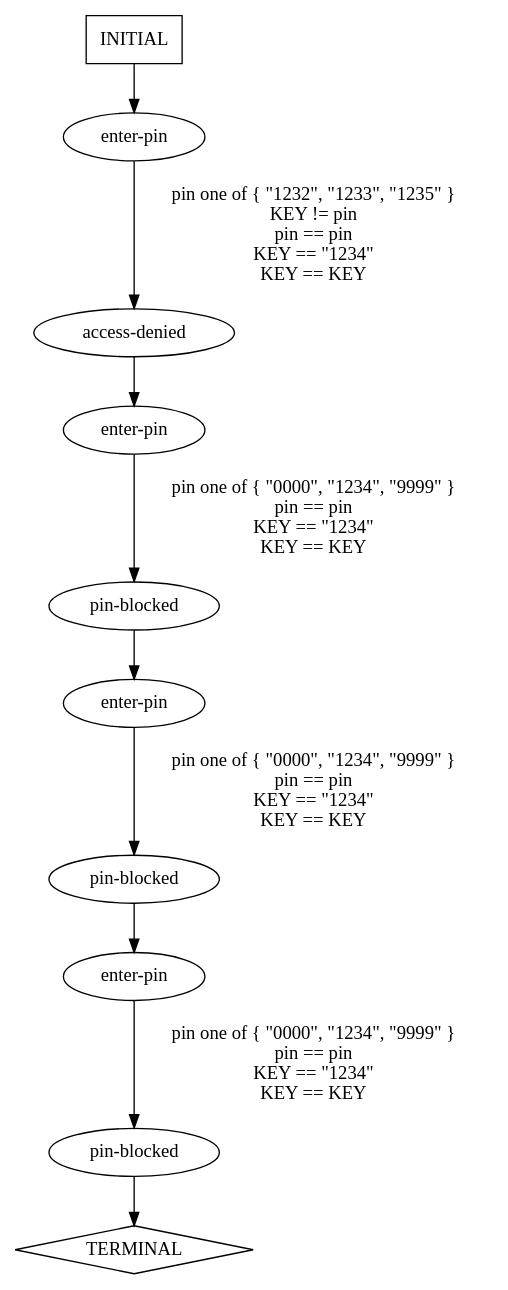
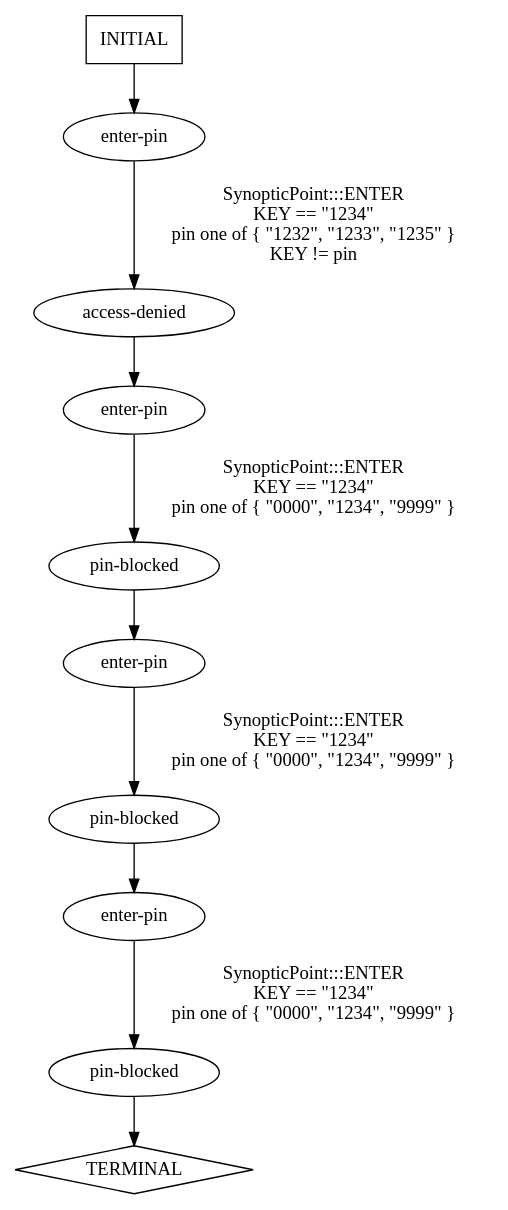
The diagram in traces/abstract/verify-pin/predicted-paths/verify-pin-test16.dot (ModelInference/synoptic), drawn with Graphviz before and after one commit. The commit also changed 73 other files, not shown here.

```diff
--- a/traces/abstract/verify-pin/predicted-paths/verify-pin-test16.dot
+++ b/traces/abstract/verify-pin/predicted-paths/verify-pin-test16.dot
@@ -1,21 +1,21 @@
 digraph {
   0 [label="access-denied"];
   1 [label="enter-pin"];
   2 [label="enter-pin"];
   3 [label="enter-pin"];
   4 [label="enter-pin"];
   5 [label="pin-blocked"];
   6 [label="pin-blocked"];
   7 [label="pin-blocked"];
   8 [label="TERMINAL",shape=diamond];
   9 [label="INITIAL",shape=box];
 0->2 [label="",];
-1->0 [label="pin one of { \"1232\", \"1233\", \"1235\" }\nKEY != pin\npin == pin\nKEY == \"1234\"\nKEY == KEY",];
-2->5 [label="pin one of { \"0000\", \"1234\", \"9999\" }\npin == pin\nKEY == \"1234\"\nKEY == KEY",];
-3->6 [label="pin one of { \"0000\", \"1234\", \"9999\" }\npin == pin\nKEY == \"1234\"\nKEY == KEY",];
-4->7 [label="pin one of { \"0000\", \"1234\", \"9999\" }\npin == pin\nKEY == \"1234\"\nKEY == KEY",];
+1->0 [label="SynopticPoint:::ENTER\nKEY == \"1234\"\npin one of { \"1232\", \"1233\", \"1235\" }\nKEY != pin\n",];
+2->5 [label="SynopticPoint:::ENTER\nKEY == \"1234\"\npin one of { \"0000\", \"1234\", \"9999\" }\n",];
+3->6 [label="SynopticPoint:::ENTER\nKEY == \"1234\"\npin one of { \"0000\", \"1234\", \"9999\" }\n",];
+4->7 [label="SynopticPoint:::ENTER\nKEY == \"1234\"\npin one of { \"0000\", \"1234\", \"9999\" }\n",];
 5->3 [label="",];
 6->4 [label="",];
 7->8 [label="",];
 9->1 [label="",];
 } // digraph {
```
